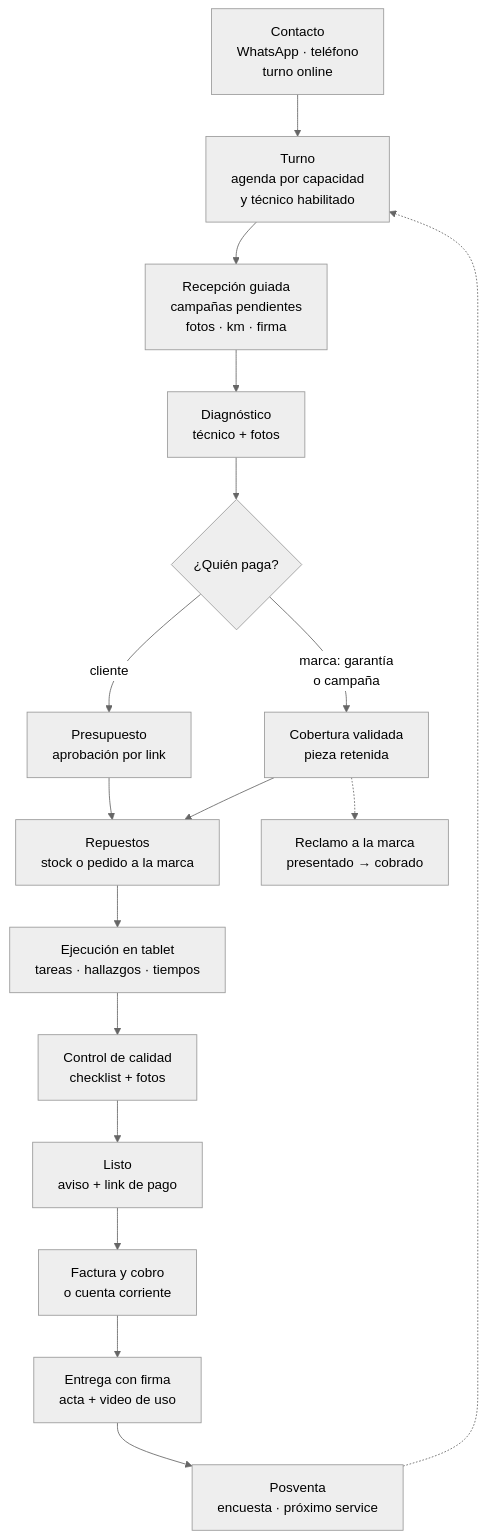
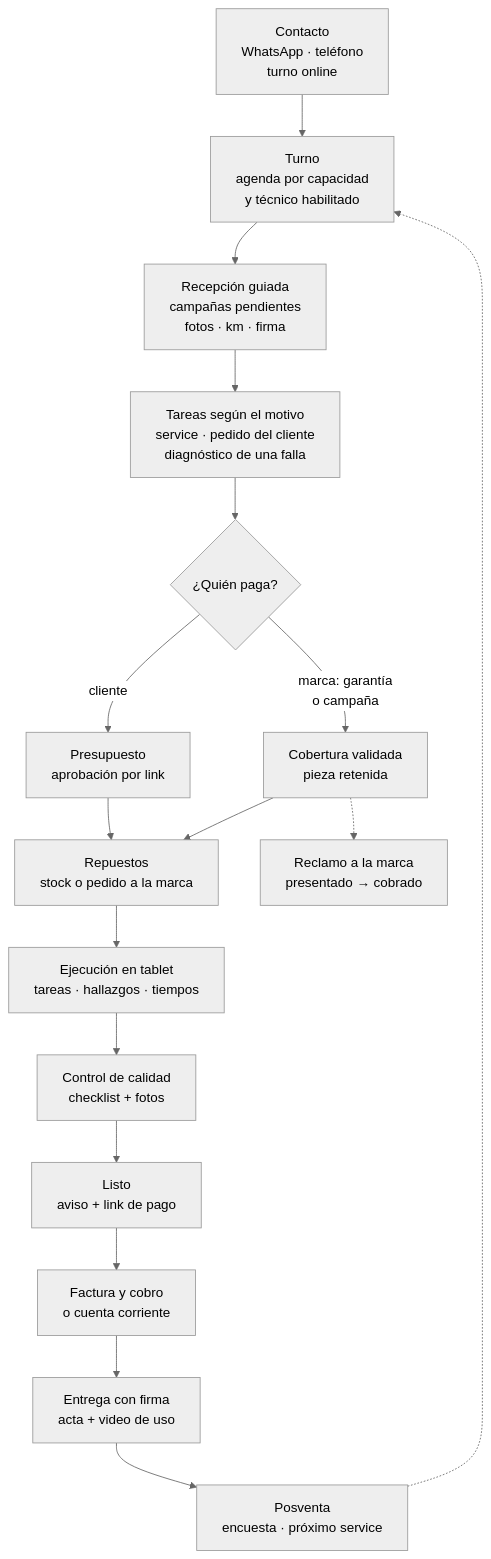
Before and after one commit to tomasruffo/Curso: the first of 3 diagrams in sistema-concesionaria/FLUJOS.md, drawn with Mermaid (neutral theme). The commit also changed other lines of this file, not shown here.

First line of the commit message:
Separar el flujo por motivo de ingreso (no todo empieza con diagnóstico)

````diff
--- a/sistema-concesionaria/FLUJOS.md
+++ b/sistema-concesionaria/FLUJOS.md
@@ -33,19 +33,19 @@
 ```mermaid
 flowchart TD
     A["Contacto<br/>WhatsApp · teléfono<br/>turno online"] --> B["Turno<br/>agenda por capacidad<br/>y técnico habilitado"]
     B --> C["Recepción guiada<br/>campañas pendientes<br/>fotos · km · firma"]
-    C --> D["Diagnóstico<br/>técnico + fotos"]
+    C --> D["Tareas según el motivo<br/>service · pedido del cliente<br/>diagnóstico de una falla"]
     D --> E{"¿Quién paga?"}
     E -- cliente --> F["Presupuesto<br/>aprobación por link"]
     E -- "marca: garantía<br/>o campaña" --> G["Cobertura validada<br/>pieza retenida"]
     F --> H["Repuestos<br/>stock o pedido a la marca"]
     G --> H
     H --> I["Ejecución en tablet<br/>tareas · hallazgos · tiempos"]
     I --> J["Control de calidad<br/>checklist + fotos"]
     J --> K["Listo<br/>aviso + link de pago"]
     K --> L["Factura y cobro<br/>o cuenta corriente"]
     L --> M["Entrega con firma<br/>acta + video de uso"]
     M --> N["Posventa<br/>encuesta · próximo service"]
     G -.-> R["Reclamo a la marca<br/>presentado → cobrado"]
     N -.-> B
 ```
````
